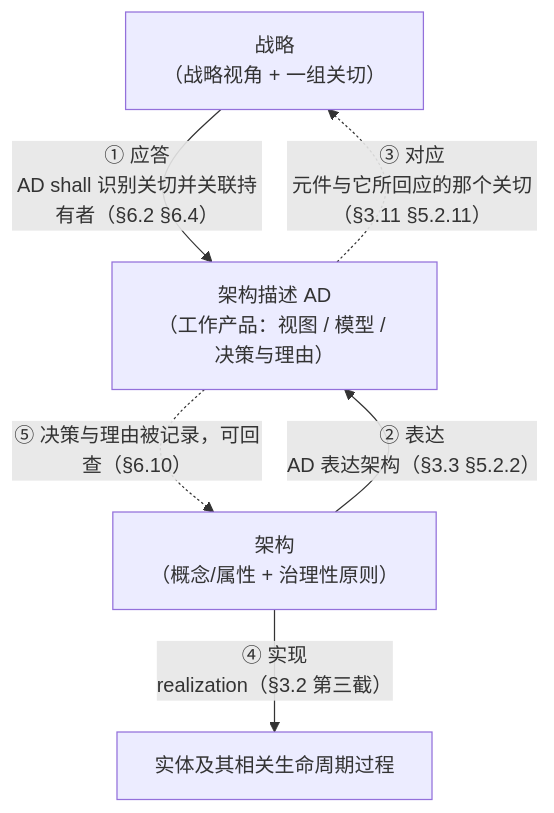
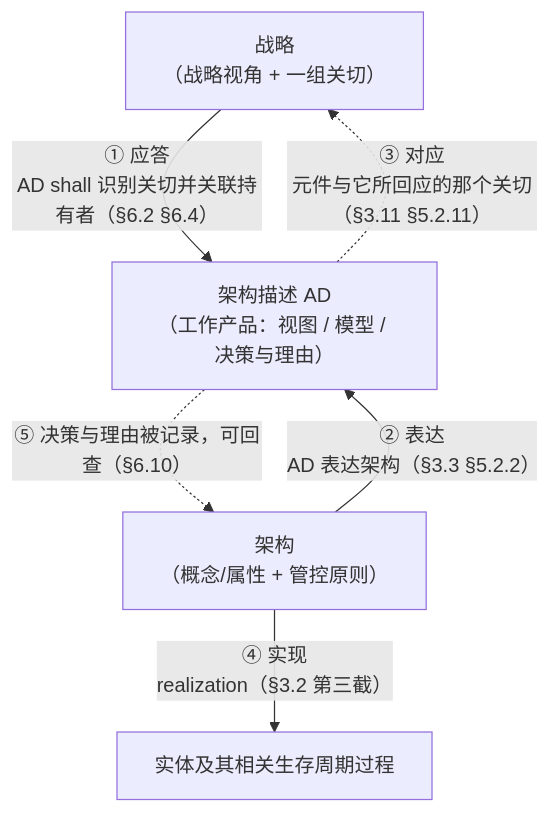
One commit to Yongjunzhou/business-Engineering changed the fourth of 7 diagrams in 10-系统工程研究/00-系统工程相关研究报告/42-架构研究报告-从定义句与目的到三张清单治理与视图.md. Above: the diagram before and after it, drawn with Mermaid. The commit also changed other lines of this file, not shown here.

Commit message:
[AI] 报告42 v3.3：术语按库内定名回修（管控原则/生存周期/信息部件/词位三分），§5.4 改为「共同陈述的条件」，六例与计数订正

````diff
--- a/10-系统工程研究/00-系统工程相关研究报告/42-架构研究报告-从定义句与目的到三张清单治理与视图.md
+++ b/10-系统工程研究/00-系统工程相关研究报告/42-架构研究报告-从定义句与目的到三张清单治理与视图.md
@@ -732,13 +738,13 @@
 ```mermaid
 flowchart TB
   S["战略<br/>（战略视角 + 一组关切）"]
-  A["架构<br/>（概念/属性 + 治理性原则）"]
+  A["架构<br/>（概念/属性 + 管控原则）"]
   AD["架构描述 AD<br/>（工作产品：视图 / 模型 / 决策与理由）"]
-  E["实体及其相关生命周期过程"]
+  E["实体及其相关生存周期过程"]
 
   S -->|"① 应答<br/>AD shall 识别关切并关联持有者（§6.2 §6.4）"| AD
   A -->|"② 表达<br/>AD 表达架构（§3.3 §5.2.2）"| AD
   AD -.->|"③ 对应<br/>元件与它所回应的那个关切（§3.11 §5.2.11）"| S
   A -->|"④ 实现<br/>realization（§3.2 第三截）"| E
   AD -.->|"⑤ 决策与理由被记录，可回查（§6.10）"| A
 ```
````
